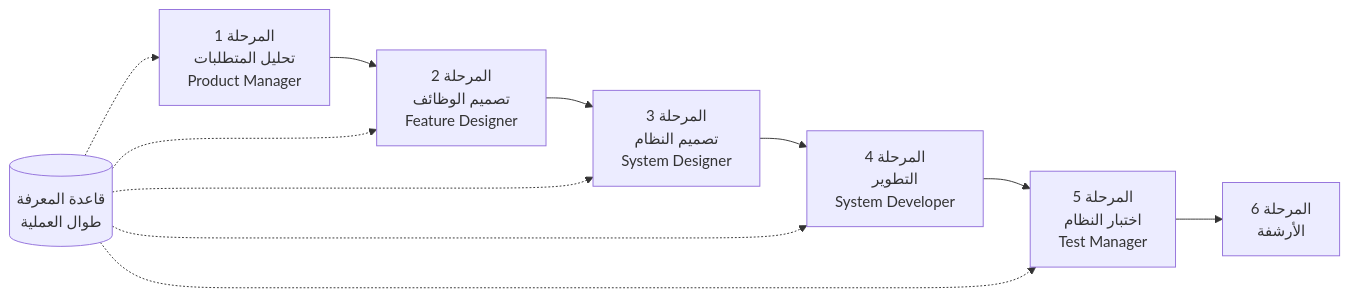
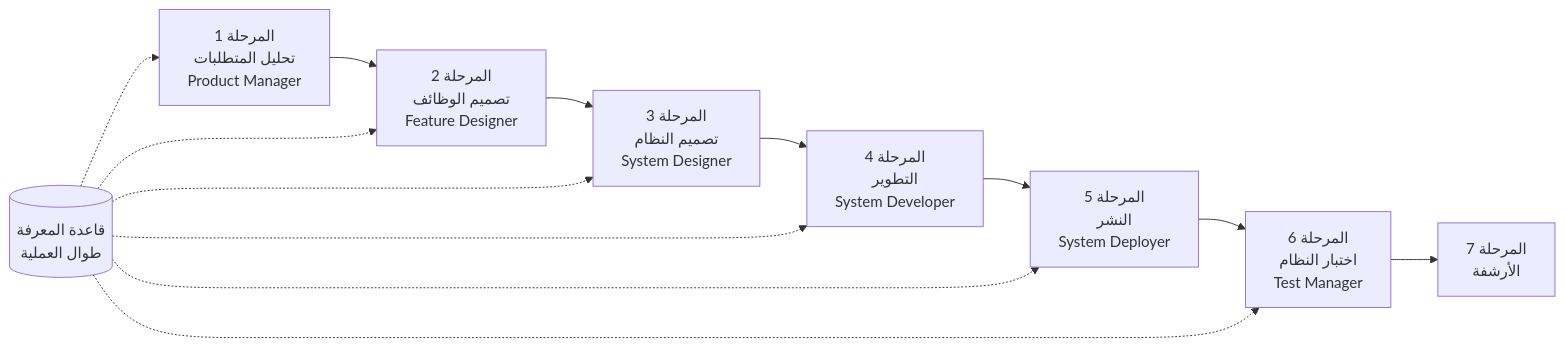
Before and after one commit to charlesmu99/speccrew: the diagram in docs/GETTING-STARTED.ar.md, drawn with Mermaid. The commit also changed other lines of this file and 35 other files, not shown here.

````diff
--- a/docs/GETTING-STARTED.ar.md
+++ b/docs/GETTING-STARTED.ar.md
@@ -144,14 +144,16 @@
 ```mermaid
 flowchart LR
     PRD[المرحلة 1<br/>تحليل المتطلبات<br/>Product Manager] --> FD[المرحلة 2<br/>تصميم الوظائف<br/>Feature Designer]
     FD --> SD[المرحلة 3<br/>تصميم النظام<br/>System Designer]
     SD --> DEV[المرحلة 4<br/>التطوير<br/>System Developer]
-    DEV --> TEST[المرحلة 5<br/>اختبار النظام<br/>Test Manager]
-    TEST --> ARCHIVE[المرحلة 6<br/>الأرشفة]
+    DEV --> DEPLOY[المرحلة 5<br/>النشر<br/>System Deployer]
+    DEPLOY --> TEST[المرحلة 6<br/>اختبار النظام<br/>Test Manager]
+    TEST --> ARCHIVE[المرحلة 7<br/>الأرشفة]
     
     KB[(قاعدة المعرفة<br/>طوال العملية)] -.-> PRD
     KB -.-> FD
     KB -.-> SD
     KB -.-> DEV
+    KB -.-> DEPLOY
     KB -.-> TEST
 ```
````
